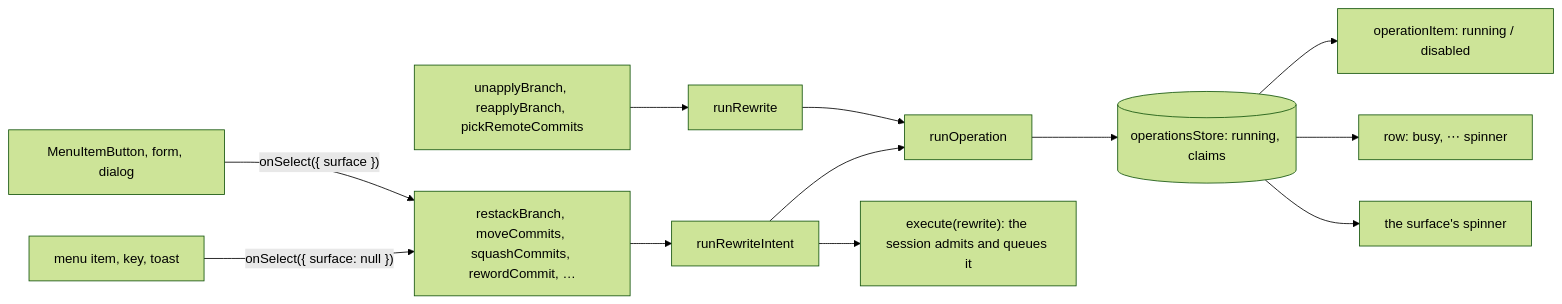
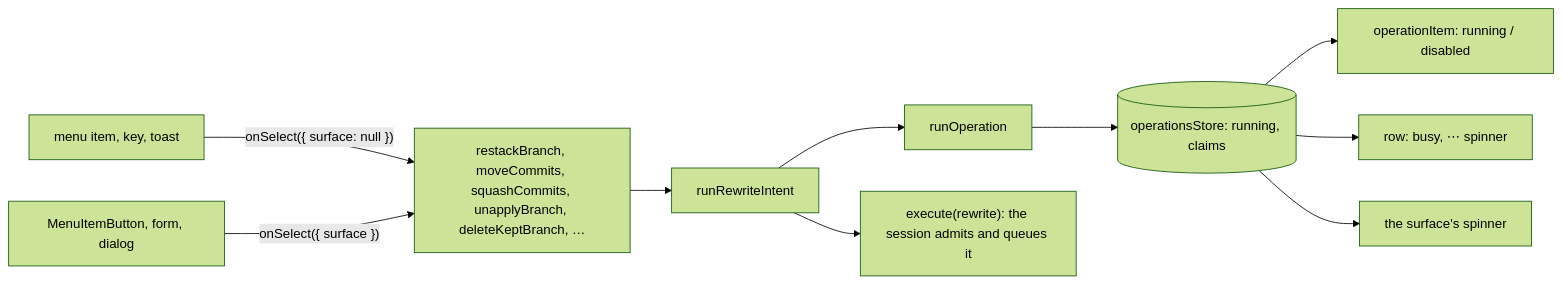
One commit to develar/branch-deck changed the diagram in docs/design/operations.md. Above: the diagram before and after it, drawn with Mermaid (forest theme). The commit also changed other lines of this file and 65 other files, not shown here.

````diff
--- a/docs/design/operations.md
+++ b/docs/design/operations.md
@@ -45,14 +47,12 @@
 ```mermaid
 flowchart LR
     Menu[menu item, key, toast] -->|"onSelect({ surface: null })"| Action
     Button[MenuItemButton, form, dialog] -->|"onSelect({ surface })"| Action
-    Action[restackBranch, moveCommits, squashCommits, rewordCommit, …] --> Rewrite[runRewriteIntent]
-    Unapply[unapplyBranch, reapplyBranch, pickRemoteCommits] --> PageRewrite[runRewrite]
+    Action[restackBranch, moveCommits, squashCommits, unapplyBranch, deleteKeptBranch, …] --> Rewrite[runRewriteIntent]
     Rewrite --> Run[runOperation]
-    PageRewrite --> Run
     Rewrite --> Execute["execute(rewrite): the session admits and queues it"]
     Run --> Registry[(operationsStore: running, claims)]
     Registry --> Item[operationItem: running / disabled]
     Registry --> Row["row: busy, ⋯ spinner"]
     Registry --> Surface[the surface's spinner]
 ```
````
